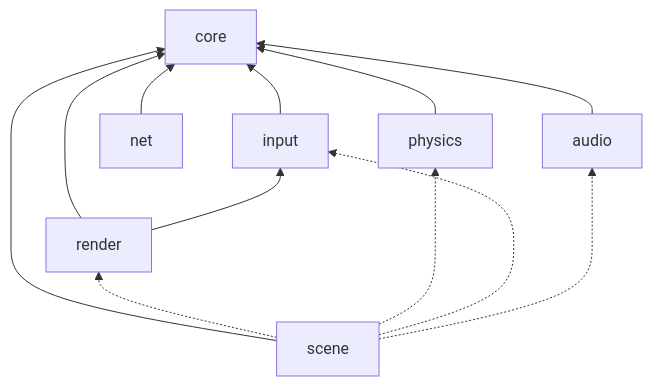
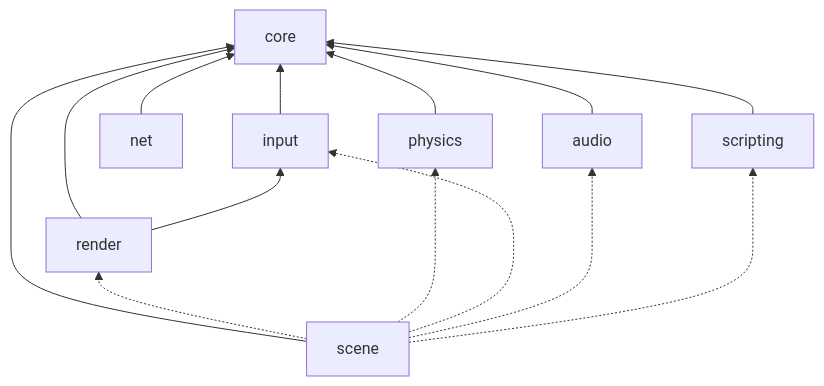
The diagram in docs/mkdocs/architecture/index.md (Boz0o0/Ampersand-Engine), drawn with Mermaid before and after one commit. The commit also changed other lines of this file and 14 other files, not shown here.

````diff
--- a/docs/mkdocs/architecture/index.md
+++ b/docs/mkdocs/architecture/index.md
@@ -30,14 +31,16 @@
 ```mermaid
 graph BT
     audio[audio] --> core[core]
     input[input] --> core
     net[net] --> core
     physics[physics] --> core
     render[render] --> core
     render --> input
     scene[scene] --> core
     scene -.-> render
     scene -.-> physics
     scene -.-> input
     scene -.-> audio
+    scripting[scripting] --> core
+    scene -.-> scripting
 ```
````
